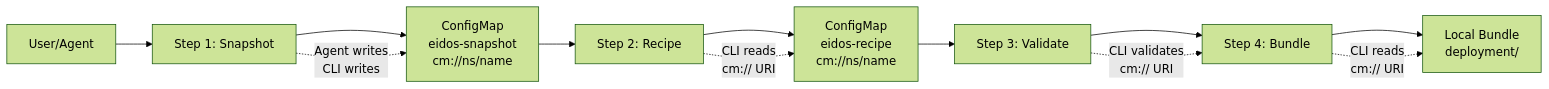
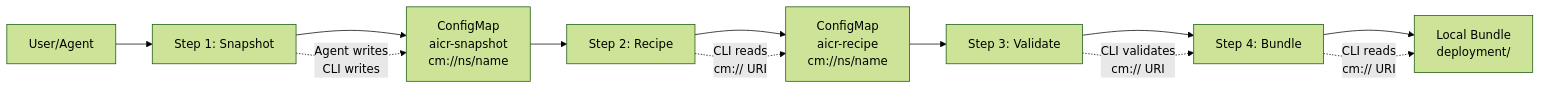
Before and after one commit to hkii/aicr: the seventh of 15 diagrams in docs/contributor/README.md, drawn with Mermaid (forest theme). The commit also changed other lines of this file and 381 other files, not shown here.

First line of the commit message:
rename: eidos → aicr (AI Cluster Runtime)

````diff
--- a/docs/contributor/README.md
+++ b/docs/contributor/README.md
@@ -388,15 +388,15 @@
 ```mermaid
 flowchart LR
     A[User/Agent] --> B[Step 1: Snapshot]
-    B --> C["ConfigMap<br/>eidos-snapshot<br/>cm://ns/name"]
+    B --> C["ConfigMap<br/>aicr-snapshot<br/>cm://ns/name"]
     C --> D[Step 2: Recipe]
-    D --> E["ConfigMap<br/>eidos-recipe<br/>cm://ns/name"]
+    D --> E["ConfigMap<br/>aicr-recipe<br/>cm://ns/name"]
     E --> F[Step 3: Validate]
     F --> G[Step 4: Bundle]
     G --> H["Local Bundle<br/>deployment/"]
     
     B -.-> |"Agent writes<br/>CLI writes"| C
     D -.-> |"CLI reads<br/>cm:// URI"| E
     F -.-> |"CLI validates<br/>cm:// URI"| G
     G -.-> |"CLI reads<br/>cm:// URI"| H
 ```
````
